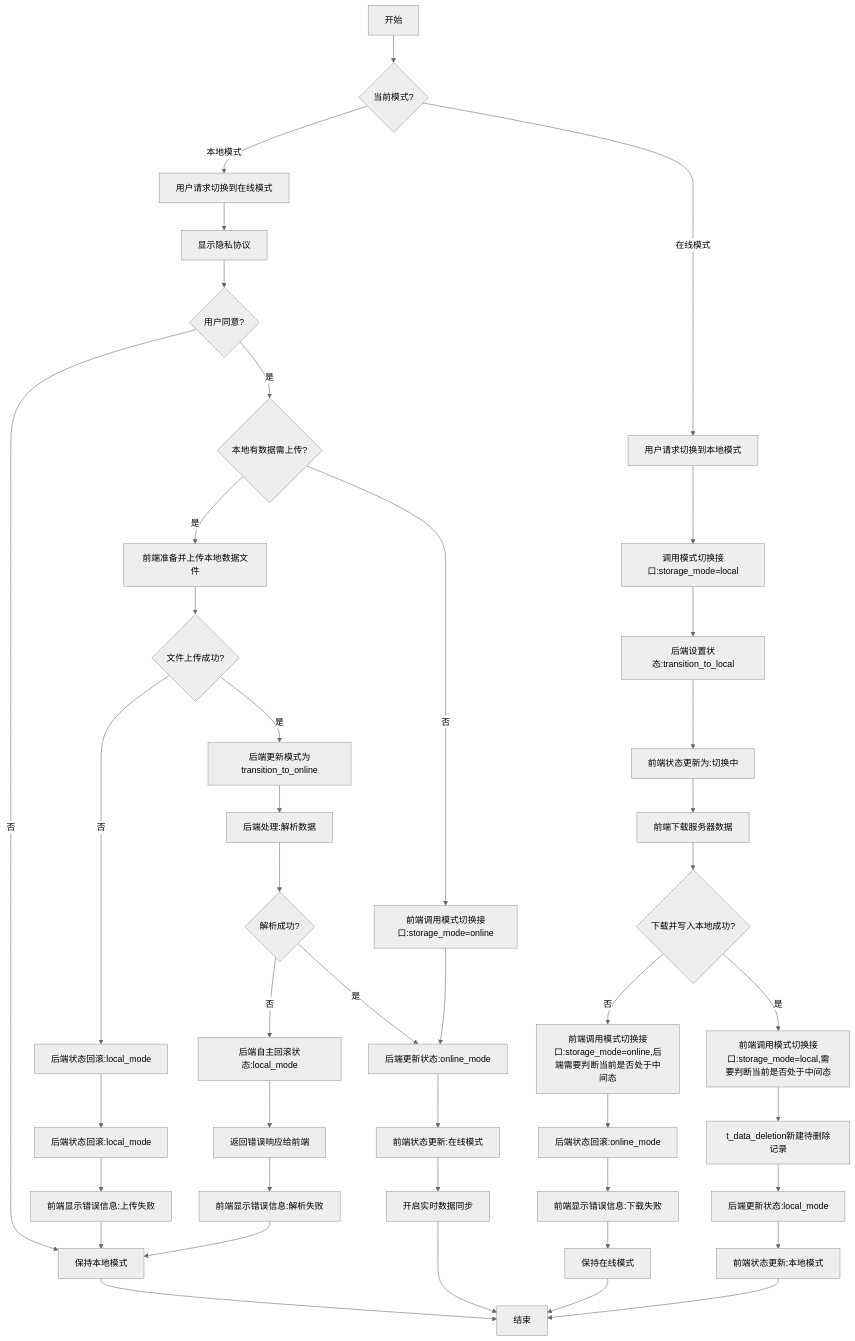
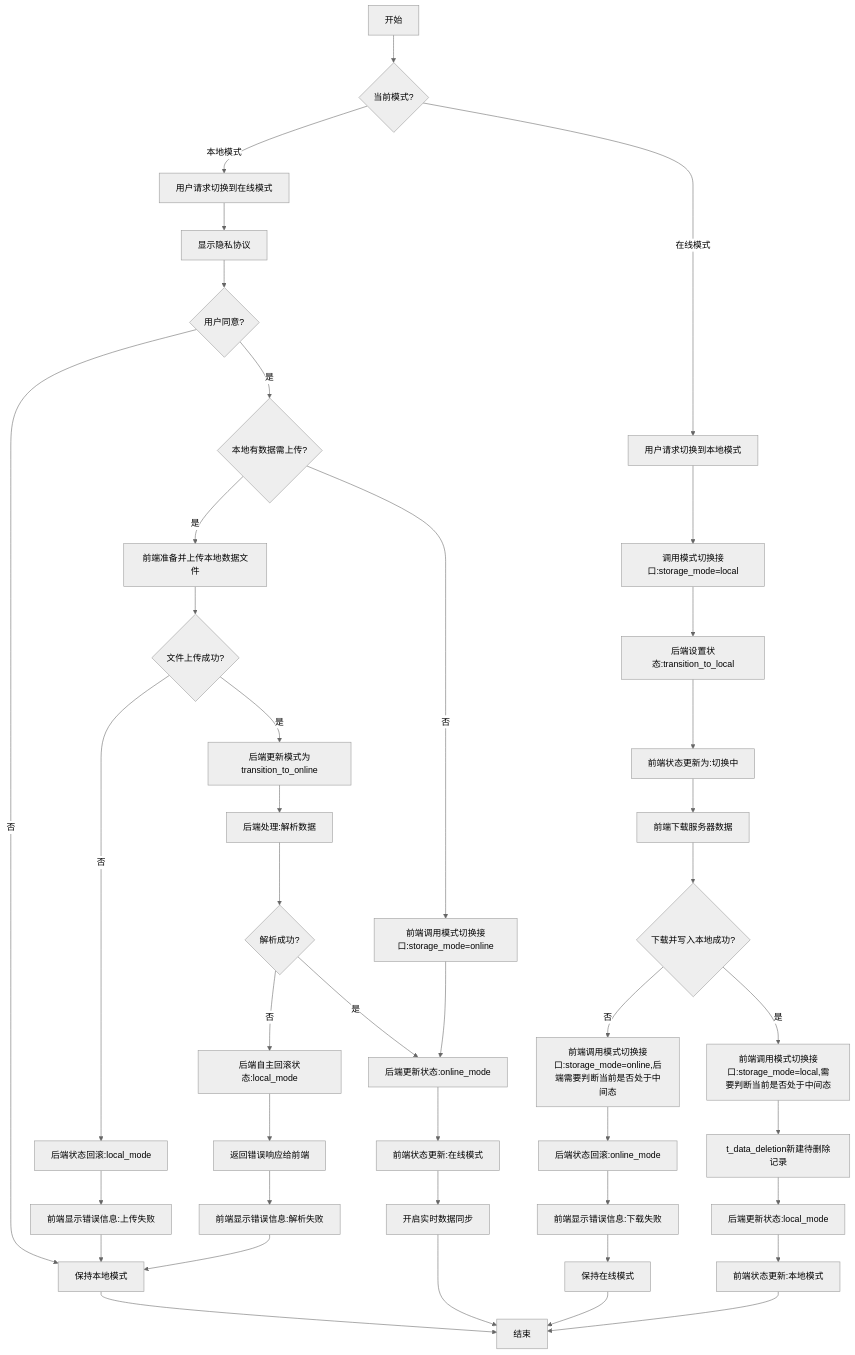
Before and after one commit to yingjianzh/iodraw-files: the diagram in all/未命名-68.md, drawn with Mermaid (neutral theme).

Commit message:
2025-06-04 10:02:59 update

````diff
--- a/all/未命名-68.md
+++ b/all/未命名-68.md
@@ -1,68 +1,67 @@
 ```mermaid
 
 flowchart TD
     A[开始] --> B{当前模式?}
     
     %% 本地模式转在线模式
     B -->|本地模式| C[用户请求切换到在线模式]
     C --> D[显示隐私协议]
     D --> E{用户同意?}
 
 
     E -->|否| F[保持本地模式]
     F --> Z[结束]
     
     E -->|是| J{本地有数据需上传?}
     
     %% 有本地数据需上传的情况
     J -->|是| K[前端准备并上传本地数据文件]
     K --> L{文件上传成功?}
     
     %% 上传失败的情况
-    L -->|否| M[后端状态回滚:local_mode]
-    M --> N[后端状态回滚:local_mode]
+    L -->|否| N[后端状态回滚:local_mode]
     N --> O[前端显示错误信息:上传失败]
     O --> F
     
     %% 上传成功但解析失败的情况
     L -->|是| G[后端更新模式为transition_to_online]
     G --> P[后端处理:解析数据]
     P --> Q{解析成功?}
     Q -->|否| R[后端自主回滚状态:local_mode]
     R --> S[返回错误响应给前端]
     S --> T[前端显示错误信息:解析失败]
     T --> F
     
     %% 全部成功的情况
     Q -->|是| U[后端更新状态:online_mode]
     J -->|否| V[前端调用模式切换接口:storage_mode=online]
     V --> U
     
     U --> W[前端状态更新:在线模式]
     W --> X[开启实时数据同步]
     X --> Z
     
     %% 在线模式转本地模式
     B -->|在线模式| AA[用户请求切换到本地模式]
     AA --> AB[调用模式切换接口:storage_mode=local]
     AB --> AC[后端设置状态:transition_to_local]
     AC --> AD[前端状态更新为:切换中]
     
     AD --> AE[前端下载服务器数据]
     AE --> AF{下载并写入本地成功?}
     
     %% 下载失败的情况
     AF -->|否| AG[前端调用模式切换接口:storage_mode=online,后端需要判断当前是否处于中间态]
     AG --> AH[后端状态回滚:online_mode]
     AH --> AI[前端显示错误信息:下载失败]
     AI --> AJ[保持在线模式]
     AJ --> Z
     
     %% 下载成功的情况
     AF -->|是| AK[前端调用模式切换接口:storage_mode=local,需要判断当前是否处于中间态]
     AK --> AL[t_data_deletion新建待删除记录]
     AL --> AM[后端更新状态:local_mode]
     AM --> AN[前端状态更新:本地模式]
     AN --> Z
 
 ```
````
